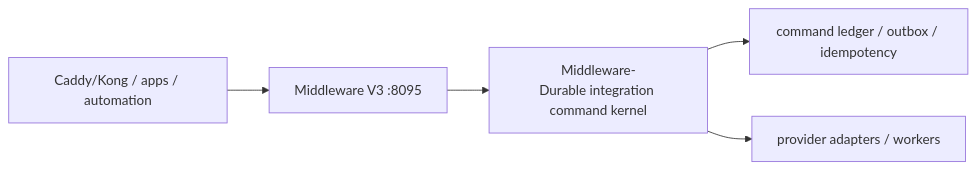
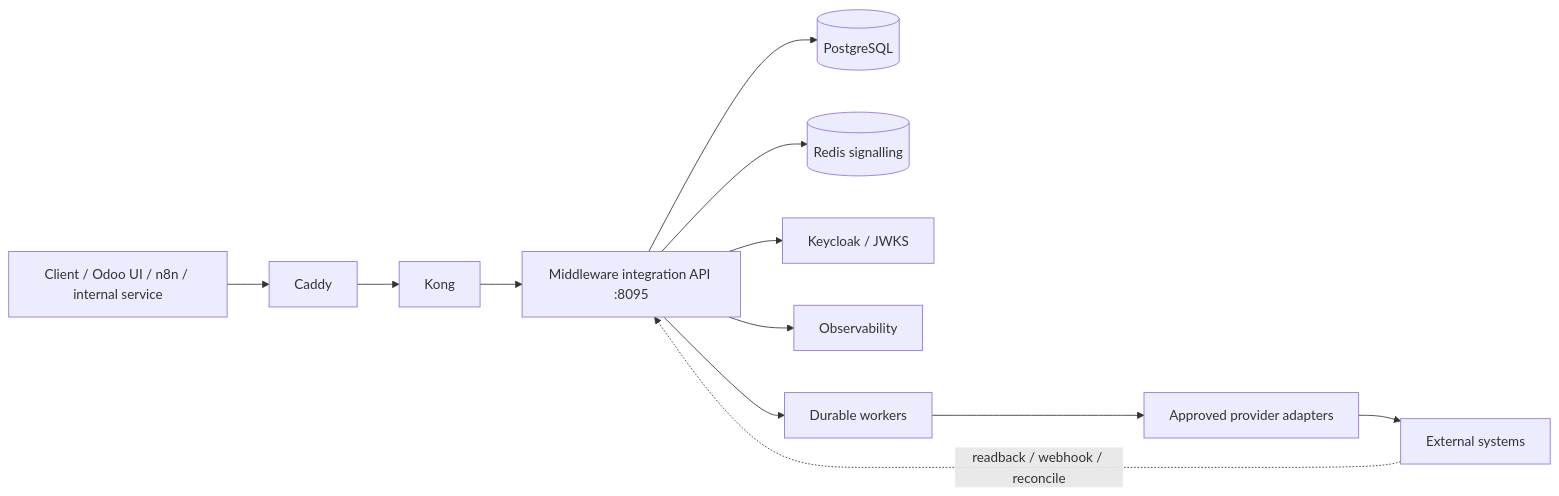
Before and after one commit to appolon1908/Middleware-: the first of 8 diagrams in docs/ARCHITECTURE-CHARTS.md, drawn with Mermaid. The commit also changed other lines of this file and 19 other files, not shown here.

First line of the commit message:
fix(source): harden Middleware API authority and social media provenance (#432)

````diff
--- a/docs/ARCHITECTURE-CHARTS.md
+++ b/docs/ARCHITECTURE-CHARTS.md
@@ -8,7 +16,17 @@
 ```mermaid
 flowchart LR
- A["Caddy/Kong / apps / automation"] --> B["Middleware V3 :8095"]
- B --> R["Middleware-<br/>Durable integration command kernel"]
- R --> S["command ledger / outbox / idempotency"]
- R --> D["provider adapters / workers"]
+    C[Client / Odoo UI / n8n / internal service] --> E[Caddy]
+    E --> K[Kong]
+    K --> M[Middleware integration API :8095]
+
+    M --> PG[(PostgreSQL)]
+    M --> RD[(Redis signalling)]
+    M --> KC[Keycloak / JWKS]
+    M --> O[Observability]
+
+    M --> W[Durable workers]
+    W --> A[Approved provider adapters]
+    A --> X[External systems]
+
+    X -. readback / webhook / reconcile .-> M
 ```
````
